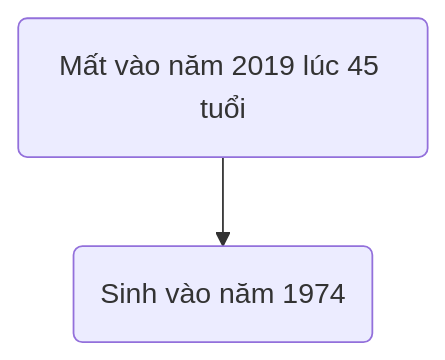
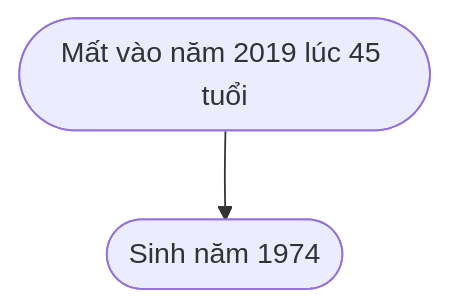
Before and after one commit to 0ji54n/kiji: the first of 4 diagrams in content/Họ đã làm gì vào ngày đó ？/Phần 4.md, drawn with Mermaid. The commit also changed other lines of this file, not shown here.

````diff
--- a/content/Họ đã làm gì vào ngày đó ？/Phần 4.md
+++ b/content/Họ đã làm gì vào ngày đó ？/Phần 4.md
@@ -40,4 +40,4 @@
 ```mermaid
 flowchart TD
-    Start(Mất vào năm 2019 lúc 45 tuổi) --> Stop(Sinh vào năm 1974)
+    Start([Mất vào năm 2019 lúc 45 tuổi]) --> Stop([Sinh năm 1974])
 ```
````
